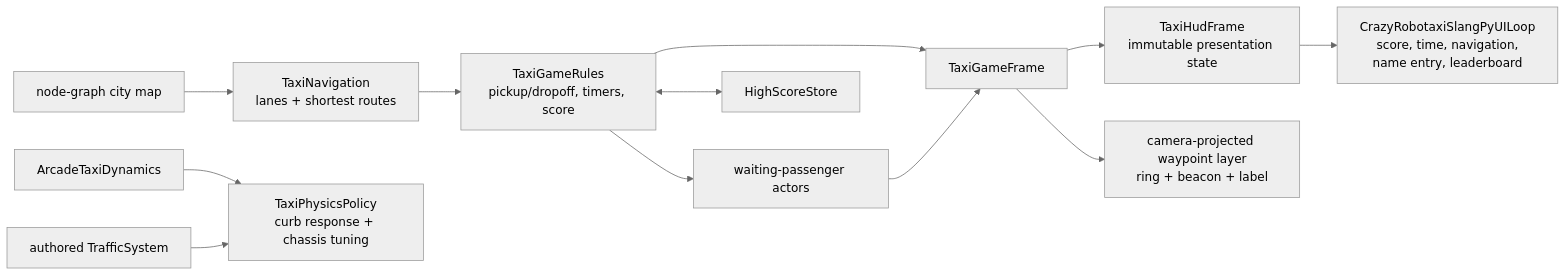
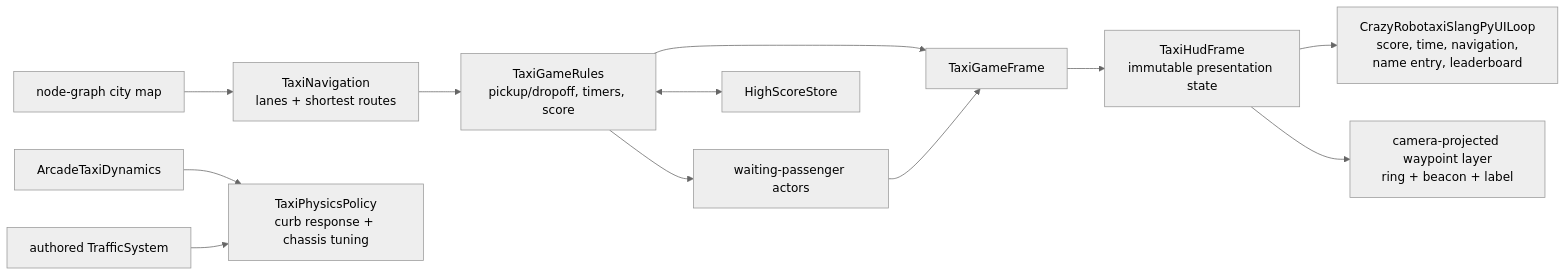
Before and after one commit to NVIDIA/flashdreams: the fourth of 5 diagrams in docs/design/crazy_robotaxi_v2_architecture.md, drawn with Mermaid (neutral theme). The commit also changed other lines of this file and 9 other files, not shown here.

````diff
--- a/docs/design/crazy_robotaxi_v2_architecture.md
+++ b/docs/design/crazy_robotaxi_v2_architecture.md
@@ -218,24 +214,24 @@
 ```mermaid
 flowchart LR
     MAP["node-graph city map"]
     NAV["TaxiNavigation<br/>lanes + shortest routes"]
     FARES["TaxiGameRules<br/>pickup/dropoff, timers, score"]
     TAXI["ArcadeTaxiDynamics"]
     TAXIPHYS["TaxiPhysicsPolicy<br/>curb response + chassis tuning"]
     TRAFFIC["authored TrafficSystem"]
     PASSENGERS["waiting-passenger actors"]
     SCORES["HighScoreStore"]
     FRAME["TaxiGameFrame"]
     HUDSTATE["TaxiHudFrame<br/>immutable presentation state"]
     WAYPOINTS["camera-projected waypoint layer<br/>ring + beacon + label"]
     IMGUI["CrazyRobotaxiSlangPyUILoop<br/>score, time, navigation,<br/>name entry, leaderboard"]
 
     MAP --> NAV --> FARES
     TAXI --> TAXIPHYS
     TRAFFIC --> TAXIPHYS
     FARES --> PASSENGERS
     FARES <--> SCORES
     FARES --> FRAME --> HUDSTATE --> IMGUI
-    FRAME --> WAYPOINTS
+    HUDSTATE --> WAYPOINTS
     PASSENGERS --> FRAME
 ```
````
